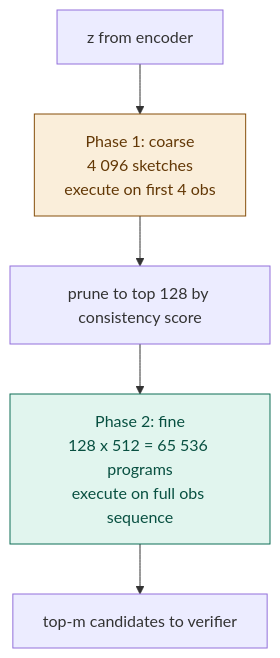
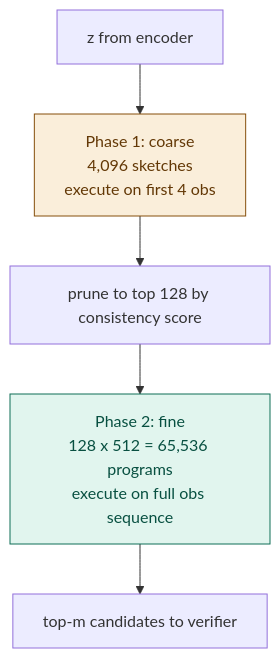
Before and after one commit to jeffasante/osmosis-inductive-architecture: the second of 5 diagrams in osmosis-abstract-reasoning-task/modules.md, drawn with Mermaid. The commit also changed other lines of this file, not shown here.

````diff
--- a/osmosis-abstract-reasoning-task/modules.md
+++ b/osmosis-abstract-reasoning-task/modules.md
@@ -92,10 +93,10 @@
 ```mermaid
 graph TD
-    A["z from encoder"] --> B["Phase 1: coarse\n4 096 sketches\nexecute on first 4 obs"]
+    A["z from encoder"] --> B["Phase 1: coarse\n4,096 sketches\nexecute on first 4 obs"]
     B --> C["prune to top 128 by consistency score"]
-    C --> D["Phase 2: fine\n128 x 512 = 65 536 programs\nexecute on full obs sequence"]
+    C --> D["Phase 2: fine\n128 x 512 = 65,536 programs\nexecute on full obs sequence"]
     D --> E["top-m candidates to verifier"]
 
     style B fill:#FAEEDA,stroke:#854F0B,color:#633806
     style D fill:#E1F5EE,stroke:#0F6E56,color:#085041
 ```
````
